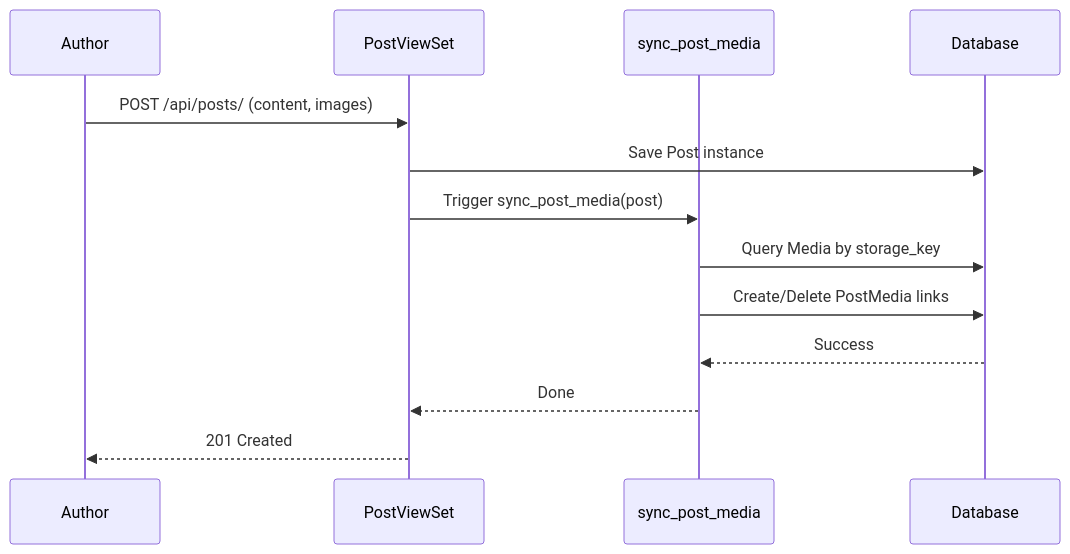
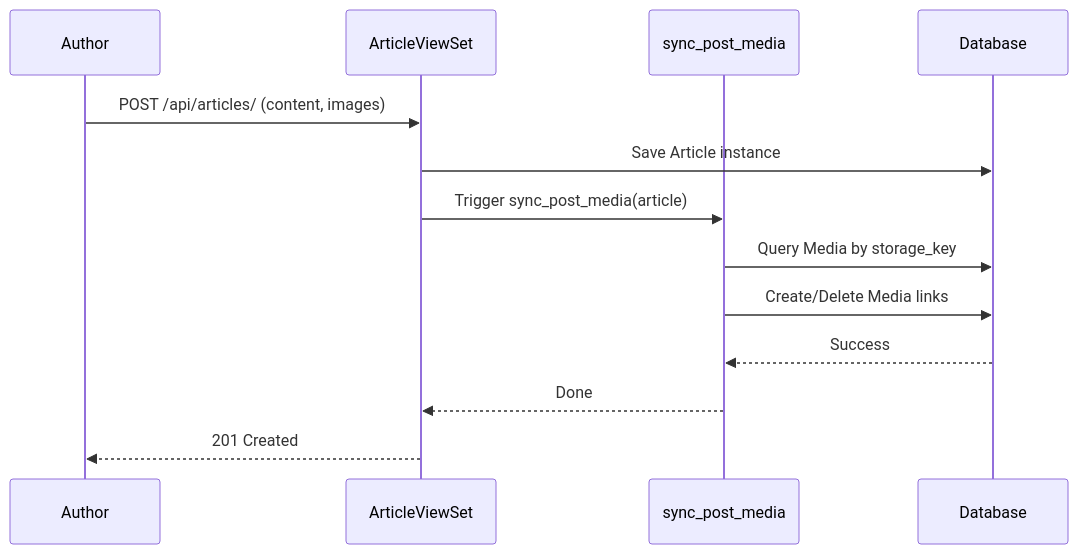
The seventh of 9 diagrams in docs/SYSTEM_DESIGN.md (amirhossein-moloki/Blog), drawn with Mermaid before and after one commit. The commit also changed other lines of this file and 25 other files, not shown here.

Commit message:
sync: update API collections, openapi schemas, and docs with Article model and remove AVIF reference

````diff
--- a/docs/SYSTEM_DESIGN.md
+++ b/docs/SYSTEM_DESIGN.md
@@ -262,16 +262,16 @@
 ```mermaid
 sequenceDiagram
     participant Author
-    participant API as PostViewSet
+    participant API as ArticleViewSet
     participant Service as sync_post_media
     participant DB as Database
 
-    Author->>API: POST /api/posts/ (content, images)
-    API->>DB: Save Post instance
-    API->>Service: Trigger sync_post_media(post)
+    Author->>API: POST /api/articles/ (content, images)
+    API->>DB: Save Article instance
+    API->>Service: Trigger sync_post_media(article)
     Service->>DB: Query Media by storage_key
-    Service->>DB: Create/Delete PostMedia links
+    Service->>DB: Create/Delete Media links
     DB-->>Service: Success
     Service-->>API: Done
     API-->>Author: 201 Created
 ```
````
